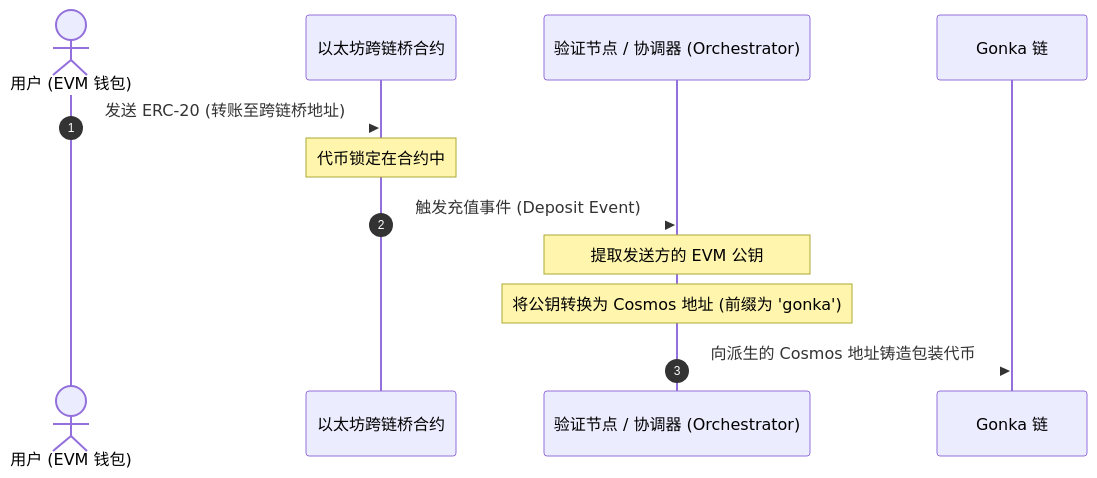
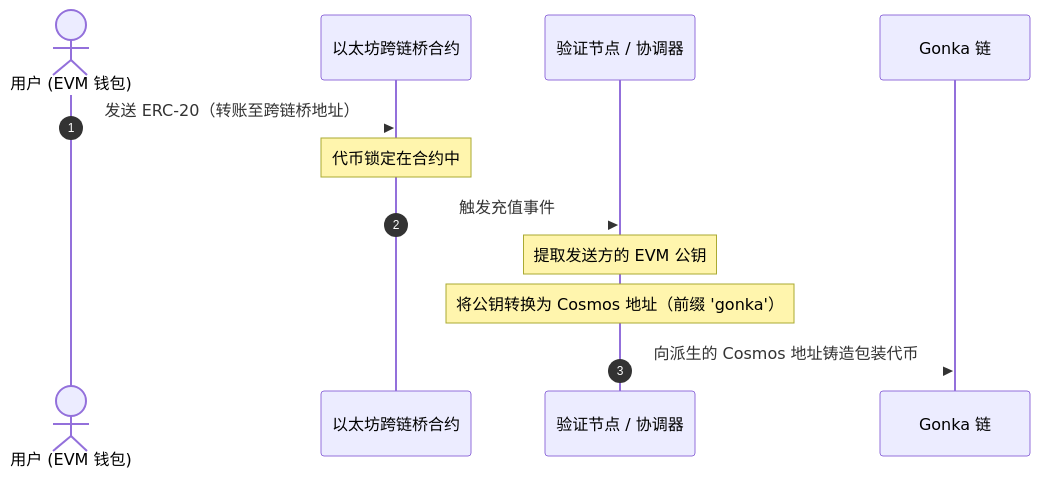
Before and after one commit to gonka-ai/gonka-docs: the first of 2 diagrams in docs/zh/cross-chain-transfers/widget-integration.md, drawn with Mermaid. The commit also changed other lines of this file and 15 other files, not shown here.

````diff
--- a/docs/zh/cross-chain-transfers/widget-integration.md
+++ b/docs/zh/cross-chain-transfers/widget-integration.md
@@ -14,16 +14,16 @@
 ```mermaid
 %%{init: { 'themeVariables': { 'signalColor': 'var(--md-default-fg-color)', 'signalTextColor': 'var(--md-default-fg-color)' } } }%%
 sequenceDiagram
     autonumber
     actor User as 用户 (EVM 钱包)
     participant EthBridge as 以太坊跨链桥合约
-    participant Orch as 验证节点 / 协调器 (Orchestrator)
+    participant Orch as 验证节点 / 协调器
     participant Gonka as Gonka 链
 
-    User->>EthBridge: 发送 ERC-20 (转账至跨链桥地址)
+    User->>EthBridge: 发送 ERC-20（转账至跨链桥地址）
     Note over EthBridge: 代币锁定在合约中
-    EthBridge-->>Orch: 触发充值事件 (Deposit Event)
+    EthBridge-->>Orch: 触发充值事件
     Note over Orch: 提取发送方的 EVM 公钥
-    Note over Orch: 将公钥转换为 Cosmos 地址 (前缀为 'gonka')
+    Note over Orch: 将公钥转换为 Cosmos 地址（前缀 'gonka'）
     Orch->>Gonka: 向派生的 Cosmos 地址铸造包装代币
 ```
````
